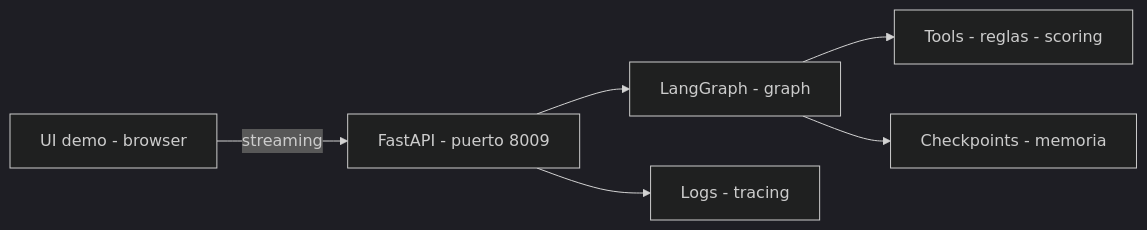
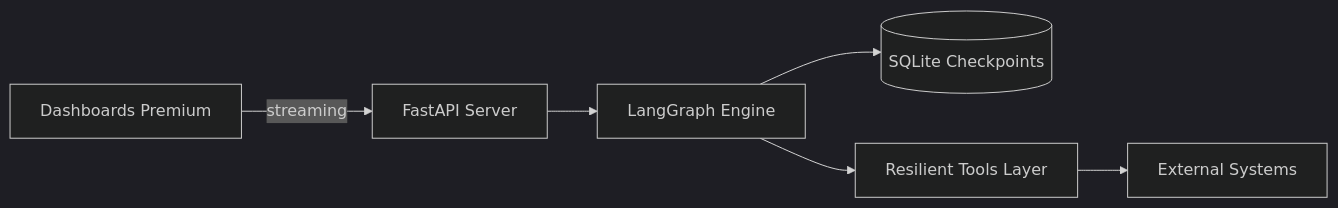
Before and after one commit to vladimiracunadev-create/langgraph-realworld: the diagram in README.md, drawn with Mermaid (dark theme). The commit also changed other lines of this file and 7 other files, not shown here.

````diff
--- a/README.md
+++ b/README.md
@@ -82,8 +47,8 @@
 ```mermaid
 flowchart LR
-  UI[UI demo - browser] -->|streaming| API[FastAPI - puerto 8009]
-  API --> LG[LangGraph - graph]
-  LG --> TL[Tools - reglas - scoring]
-  LG --> CK[Checkpoints - memoria]
-  API --> OB[Logs - tracing]
+  UI[Dashboards Premium] -->|streaming| API[FastAPI Server]
+  API --> LG[LangGraph Engine]
+  LG --> CK[(SQLite Checkpoints)]
+  LG --> TL[Resilient Tools Layer]
+  TL --> EXT[External Systems]
 ```
````
